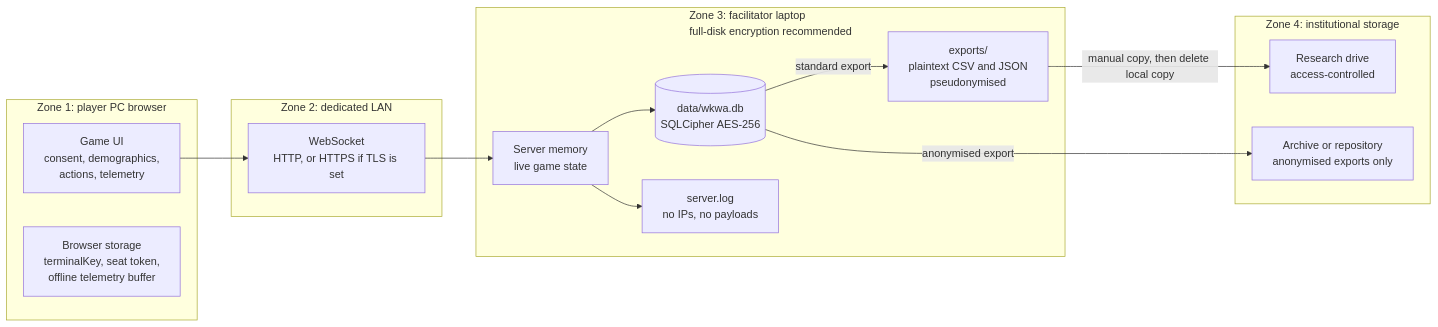
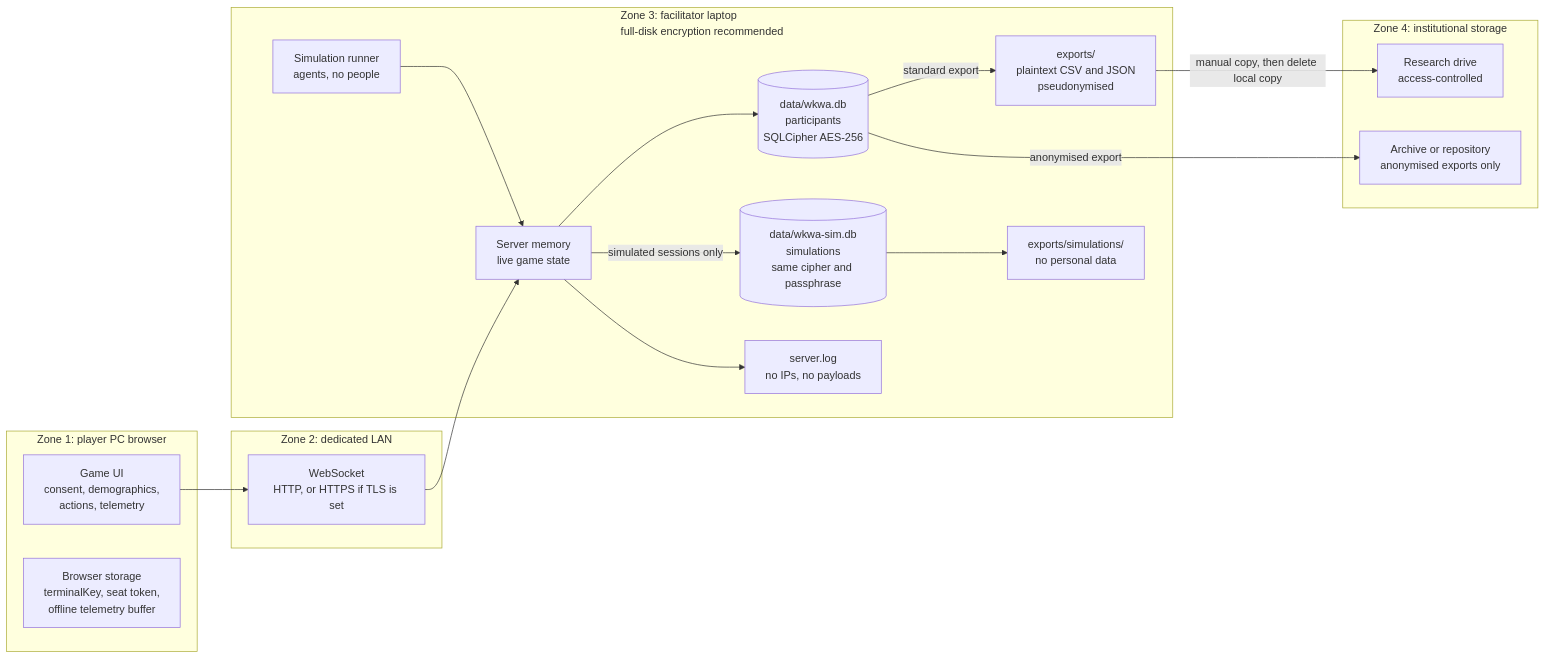
Before and after one commit to xy-zak/WhoKnowsWhoActs: the first of 5 diagrams in docs/DATA-MANAGEMENT.md, drawn with Mermaid. The commit also changed other lines of this file and 6 other files, not shown here.

````diff
--- a/docs/DATA-MANAGEMENT.md
+++ b/docs/DATA-MANAGEMENT.md
@@ -76,25 +82,31 @@
 ```mermaid
 flowchart LR
   subgraph Z1["Zone 1: player PC browser"]
     UI["Game UI<br/>consent, demographics,<br/>actions, telemetry"]
     BS["Browser storage<br/>terminalKey, seat token,<br/>offline telemetry buffer"]
   end
   subgraph Z2["Zone 2: dedicated LAN"]
     WS["WebSocket<br/>HTTP, or HTTPS if TLS is set"]
   end
   subgraph Z3["Zone 3: facilitator laptop<br/>full-disk encryption recommended"]
     MEM["Server memory<br/>live game state"]
-    DB[("data/wkwa.db<br/>SQLCipher AES-256")]
+    DB[("data/wkwa.db<br/>participants<br/>SQLCipher AES-256")]
+    AG["Simulation runner<br/>agents, no people"]
+    SDB[("data/wkwa-sim.db<br/>simulations<br/>same cipher and passphrase")]
     LOG["server.log<br/>no IPs, no payloads"]
     EXP["exports/<br/>plaintext CSV and JSON<br/>pseudonymised"]
+    SEXP["exports/simulations/<br/>no personal data"]
   end
   subgraph Z4["Zone 4: institutional storage"]
     RDS["Research drive<br/>access-controlled"]
     ARCH["Archive or repository<br/>anonymised exports only"]
   end
   UI --> WS --> MEM --> DB
+  AG --> MEM
+  MEM -->|"simulated sessions only"| SDB
+  SDB --> SEXP
   MEM --> LOG
   DB -->|"standard export"| EXP
   EXP -->|"manual copy, then delete local copy"| RDS
   DB -->|"anonymised export"| ARCH
 ```
````
